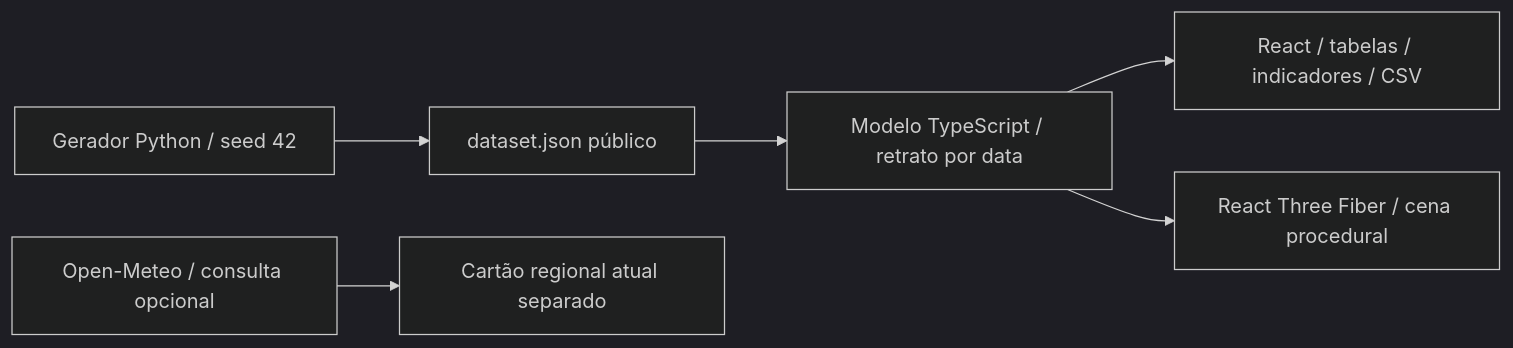
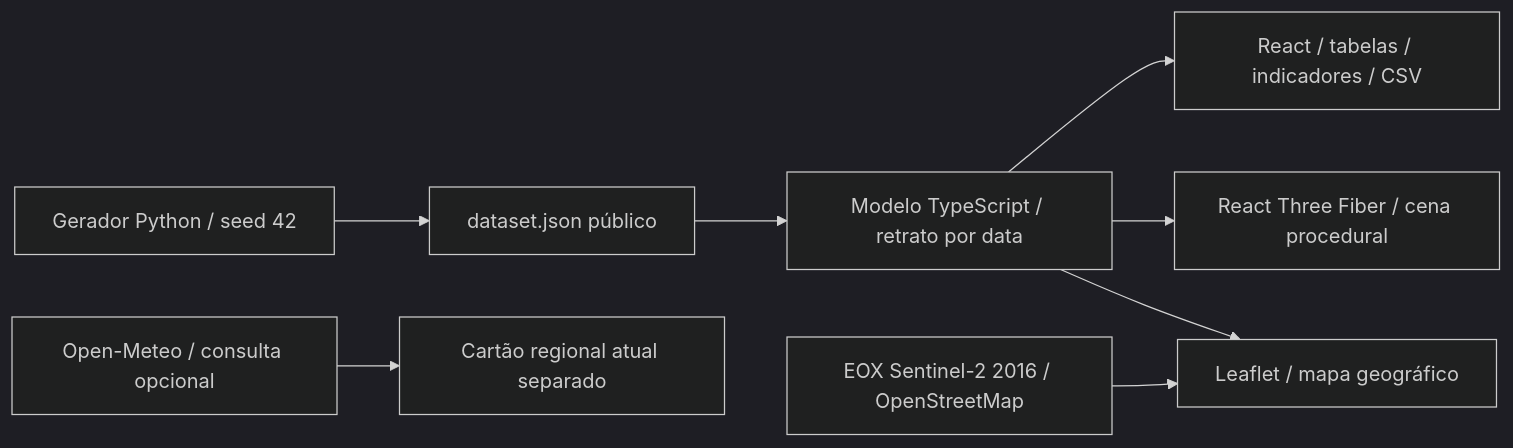
The diagram in docs/ARCHITECTURE.md (AlexandreCarrascosa/terratwin), drawn with Mermaid (dark theme) before and after one commit. The commit also changed other lines of this file and 13 other files, not shown here.

Commit message:
feat: add Leaflet satellite map and unit selection across MT and BA

````diff
--- a/docs/ARCHITECTURE.md
+++ b/docs/ARCHITECTURE.md
@@ -7,8 +7,10 @@
 ```mermaid
 flowchart LR
   G[Gerador Python / seed 42] --> J[dataset.json público]
   J --> M[Modelo TypeScript / retrato por data]
   M --> UI[React / tabelas / indicadores / CSV]
   M --> S[React Three Fiber / cena procedural]
+  T[EOX Sentinel-2 2016 / OpenStreetMap] --> L[Leaflet / mapa geográfico]
+  M --> L
   W[Open-Meteo / consulta opcional] --> C[Cartão regional atual separado]
 ```
````
